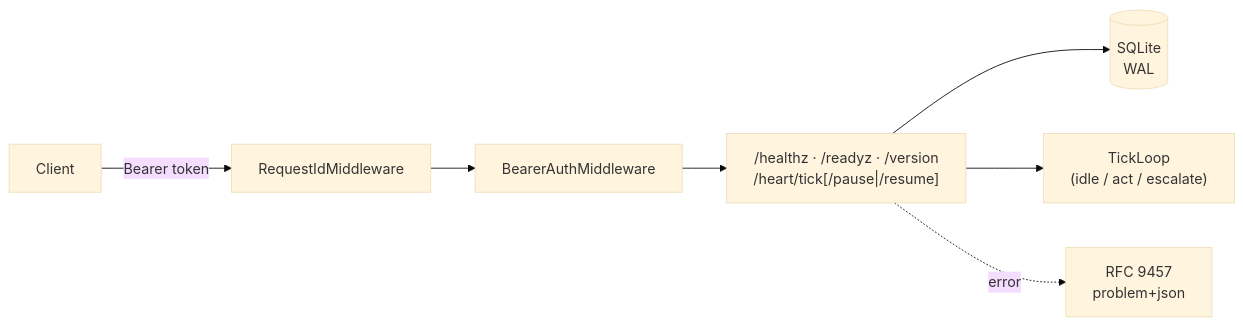
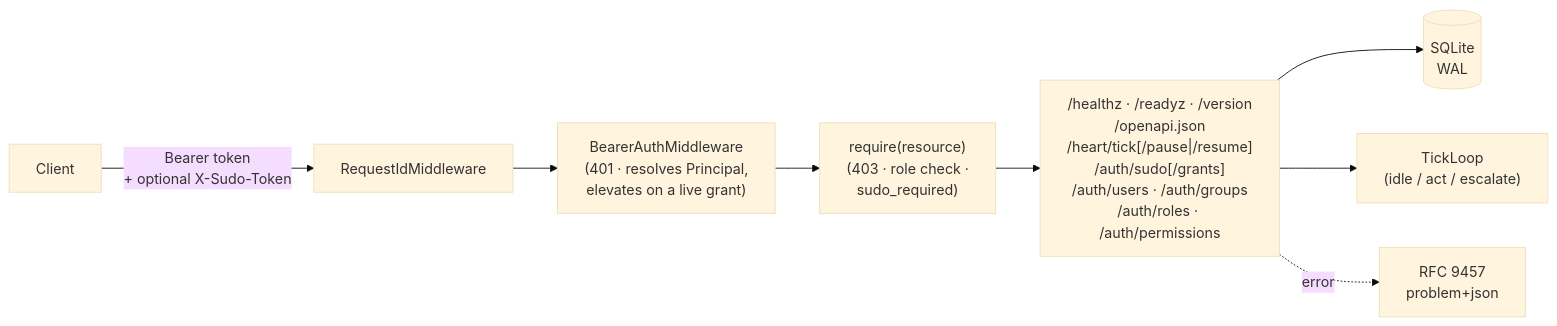
The diagram in README.md (giacchetta/ansina), drawn with Mermaid (base theme) before and after one commit. The commit also changed other lines of this file and 72 other files, not shown here.

````diff
--- a/README.md
+++ b/README.md
@@ -9,9 +9,10 @@
 ```mermaid
 flowchart LR
-    Client["Client"] -->|Bearer token| MW["RequestIdMiddleware"]
-    MW --> Auth["BearerAuthMiddleware"]
-    Auth --> Routes["/healthz · /readyz · /version<br/>/heart/tick[/pause|/resume]"]
+    Client["Client"] -->|Bearer token<br/>+ optional X-Sudo-Token| MW["RequestIdMiddleware"]
+    MW --> Auth["BearerAuthMiddleware<br/>(401 · resolves Principal,<br/>elevates on a live grant)"]
+    Auth --> Authz["require(resource)<br/>(403 · role check ·<br/>sudo_required)"]
+    Authz --> Routes["/healthz · /readyz · /version<br/>/openapi.json<br/>/heart/tick[/pause|/resume]<br/>/auth/sudo[/grants]<br/>/auth/users · /auth/groups<br/>/auth/roles · /auth/permissions"]
     Routes --> DB[("SQLite<br/>WAL")]
     Routes --> Tick["TickLoop<br/>(idle / act / escalate)"]
     Routes -.error.-> Problem["RFC 9457<br/>problem+json"]
 ```
````
